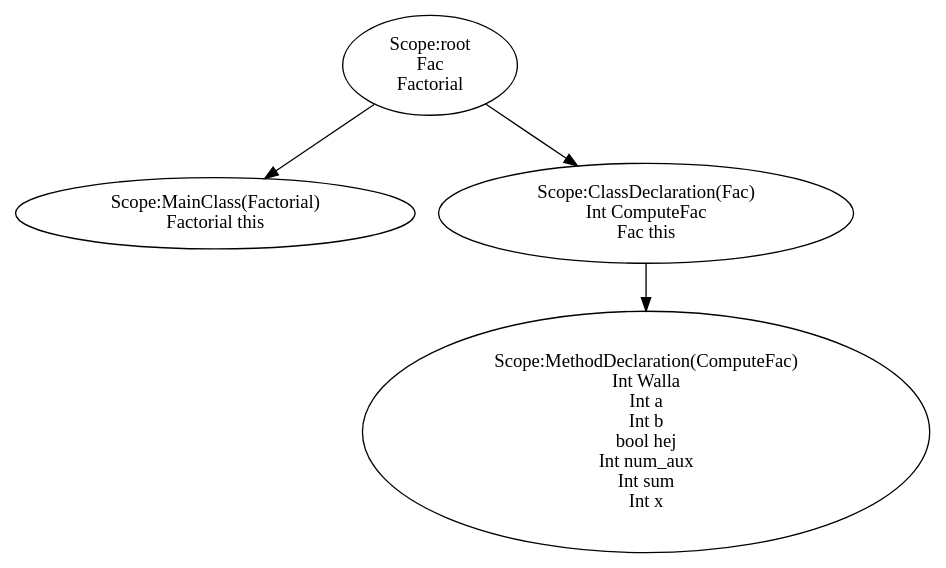
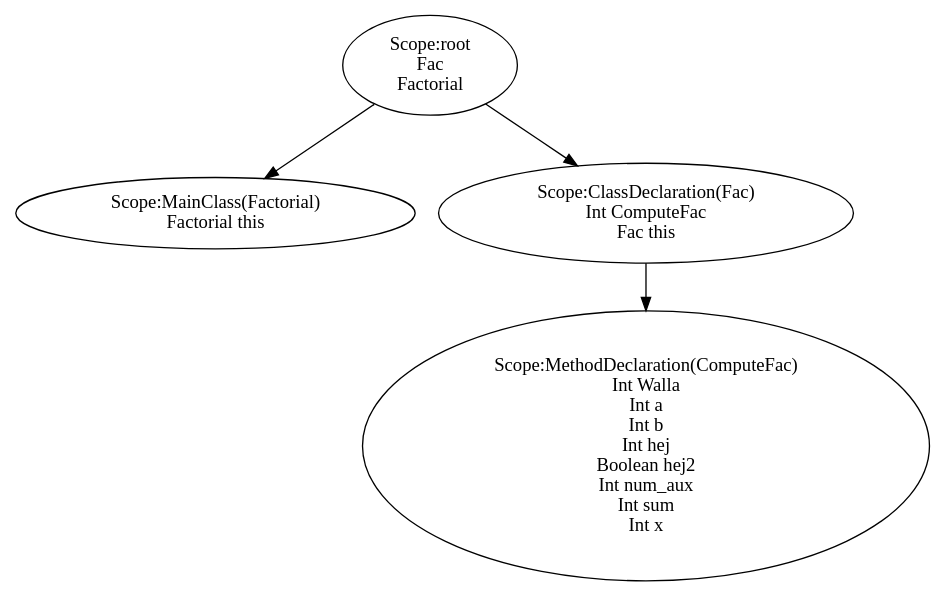
The diagram in assignment2/assignment/st.dot (JakobAdamsson/Compiler-and-translation-technique), drawn with Graphviz before and after one commit. The commit also changed 7 other files, not shown here.

```diff
--- a/assignment2/assignment/st.dot
+++ b/assignment2/assignment/st.dot
@@ -1,25 +1,26 @@
 digraph {
 n0 [label="Scope:root
  Fac
  Factorial
 "];
 n1 [label="Scope:MainClass(Factorial)
 Factorial this
 "];
 n0 -> n1
 n2 [label="Scope:ClassDeclaration(Fac)
 Int ComputeFac
 Fac this
 "];
 n3 [label="Scope:MethodDeclaration(ComputeFac)
 Int Walla
 Int a
 Int b
-bool hej
+Int hej
+Boolean hej2
 Int num_aux
 Int sum
 Int x
 "];
 n2 -> n3
 n0 -> n2
 }
```
